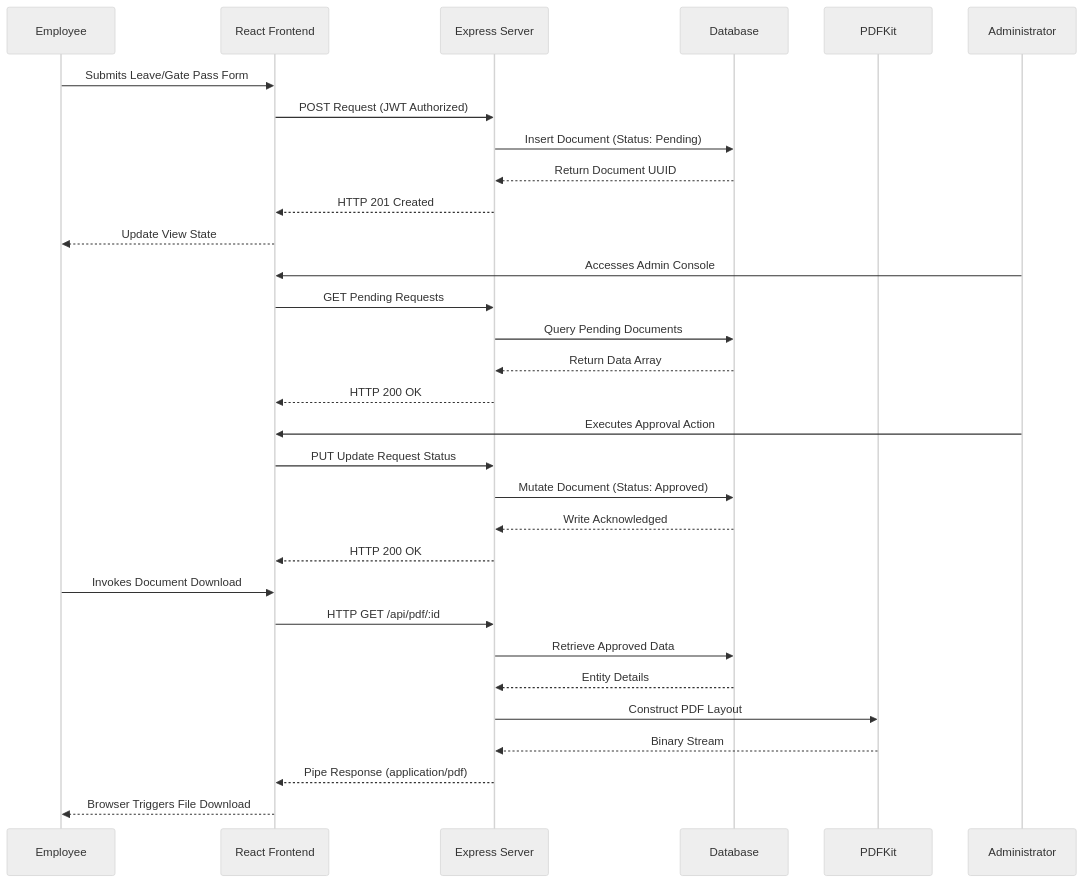
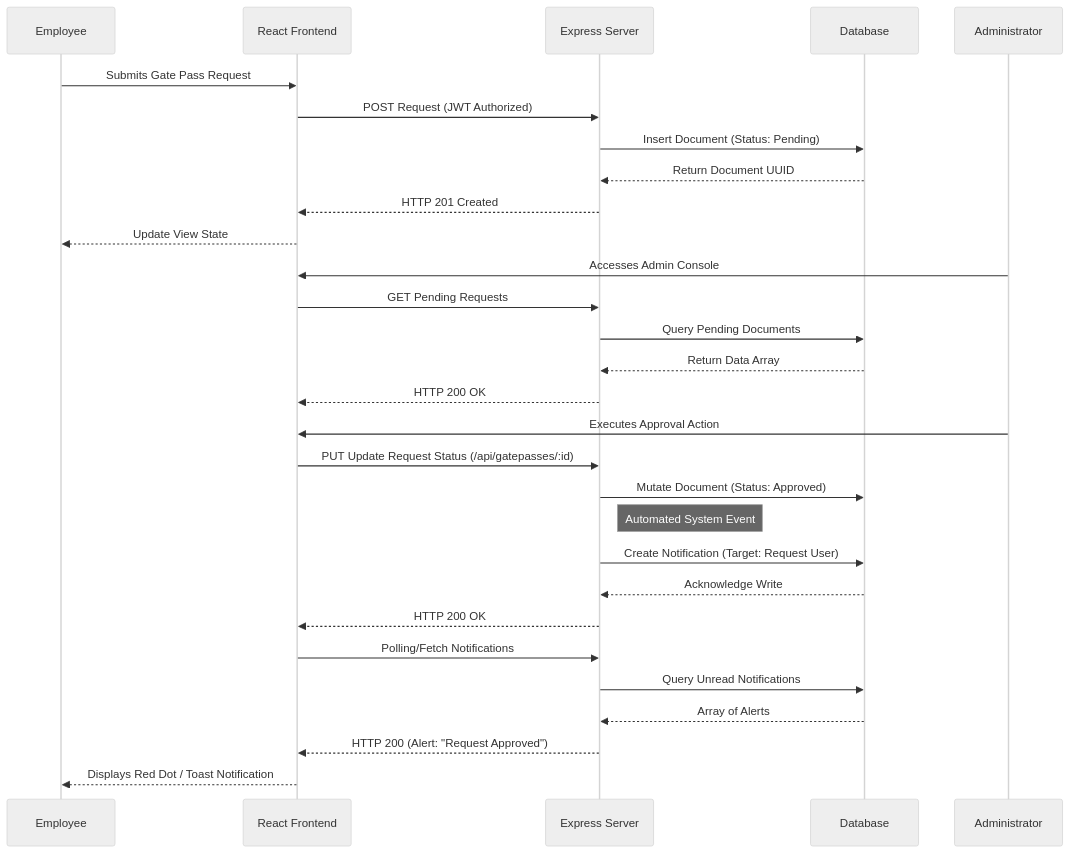
One commit to abhishekk-y/SMG-JUNE-2026 changed the second of 6 diagrams in README.md. Above: the diagram before and after it, drawn with Mermaid (neutral theme). The commit also changed other lines of this file and 28 other files, not shown here.

Commit message:
feat: Production backend integration & real-time notification engine

````diff
--- a/README.md
+++ b/README.md
@@ -132,40 +132,41 @@
 ```mermaid
 sequenceDiagram
     participant Employee
     participant UI_Layer as React Frontend
     participant Express_API as Express Server
     participant MongoDB as Database
-    participant PDF_Engine as PDFKit
-    participant Administrator
+    participant Admin as Administrator
 
     %% Submission Process
-    Employee->>UI_Layer: Submits Leave/Gate Pass Form
+    Employee->>UI_Layer: Submits Gate Pass Request
     UI_Layer->>Express_API: POST Request (JWT Authorized)
     Express_API->>MongoDB: Insert Document (Status: Pending)
     MongoDB-->>Express_API: Return Document UUID
     Express_API-->>UI_Layer: HTTP 201 Created
     UI_Layer-->>Employee: Update View State
 
-    %% Administrative Process
-    Administrator->>UI_Layer: Accesses Admin Console
+    %% Administrative Process & Notification Trigger
+    Admin->>UI_Layer: Accesses Admin Console
     UI_Layer->>Express_API: GET Pending Requests
     Express_API->>MongoDB: Query Pending Documents
     MongoDB-->>Express_API: Return Data Array
     Express_API-->>UI_Layer: HTTP 200 OK
     
-    Administrator->>UI_Layer: Executes Approval Action
-    UI_Layer->>Express_API: PUT Update Request Status
+    Admin->>UI_Layer: Executes Approval Action
+    UI_Layer->>Express_API: PUT Update Request Status (/api/gatepasses/:id)
     Express_API->>MongoDB: Mutate Document (Status: Approved)
-    MongoDB-->>Express_API: Write Acknowledged
+    
+    %% Automated Notification Injection
+    Note right of Express_API: Automated System Event
+    Express_API->>MongoDB: Create Notification (Target: Request User)
+    MongoDB-->>Express_API: Acknowledge Write
+    
     Express_API-->>UI_Layer: HTTP 200 OK
-
-    %% Document Generation Process
-    Employee->>UI_Layer: Invokes Document Download
-    UI_Layer->>Express_API: HTTP GET /api/pdf/:id
-    Express_API->>MongoDB: Retrieve Approved Data
-    MongoDB-->>Express_API: Entity Details
-    Express_API->>PDF_Engine: Construct PDF Layout
-    PDF_Engine-->>Express_API: Binary Stream
-    Express_API-->>UI_Layer: Pipe Response (application/pdf)
-    UI_Layer-->>Employee: Browser Triggers File Download
+    
+    %% Real-time Employee Feedback
+    UI_Layer->>Express_API: Polling/Fetch Notifications
+    Express_API->>MongoDB: Query Unread Notifications
+    MongoDB-->>Express_API: Array of Alerts
+    Express_API-->>UI_Layer: HTTP 200 (Alert: "Request Approved")
+    UI_Layer-->>Employee: Displays Red Dot / Toast Notification
 ```
````
